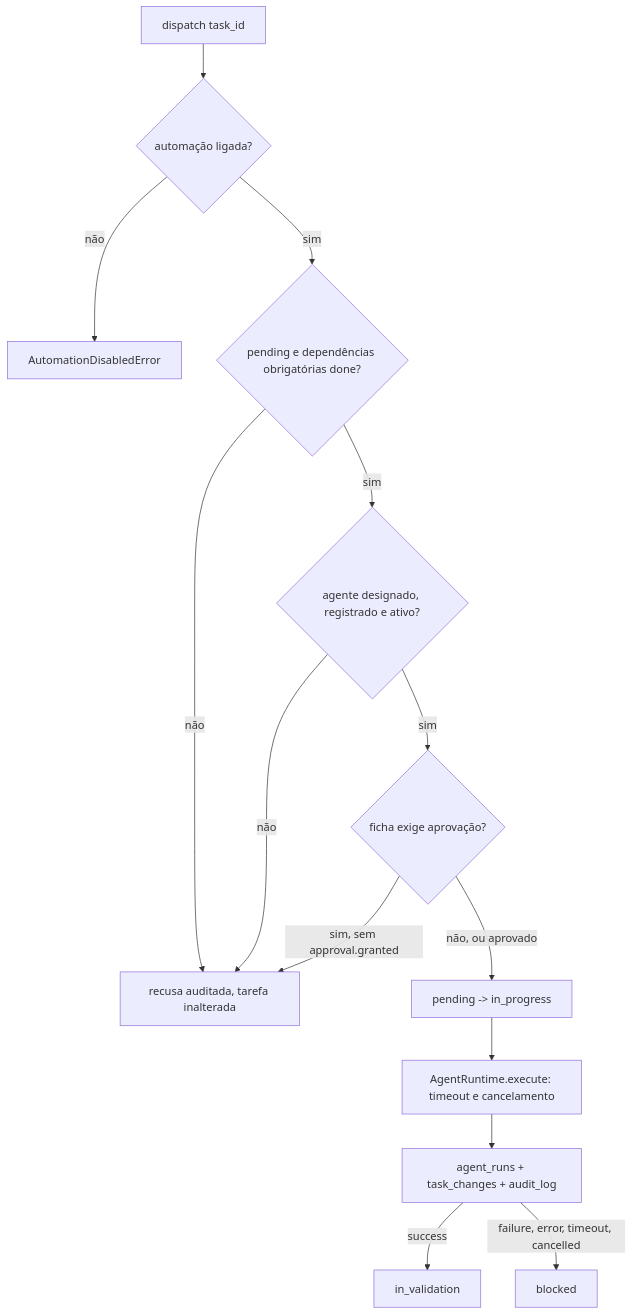
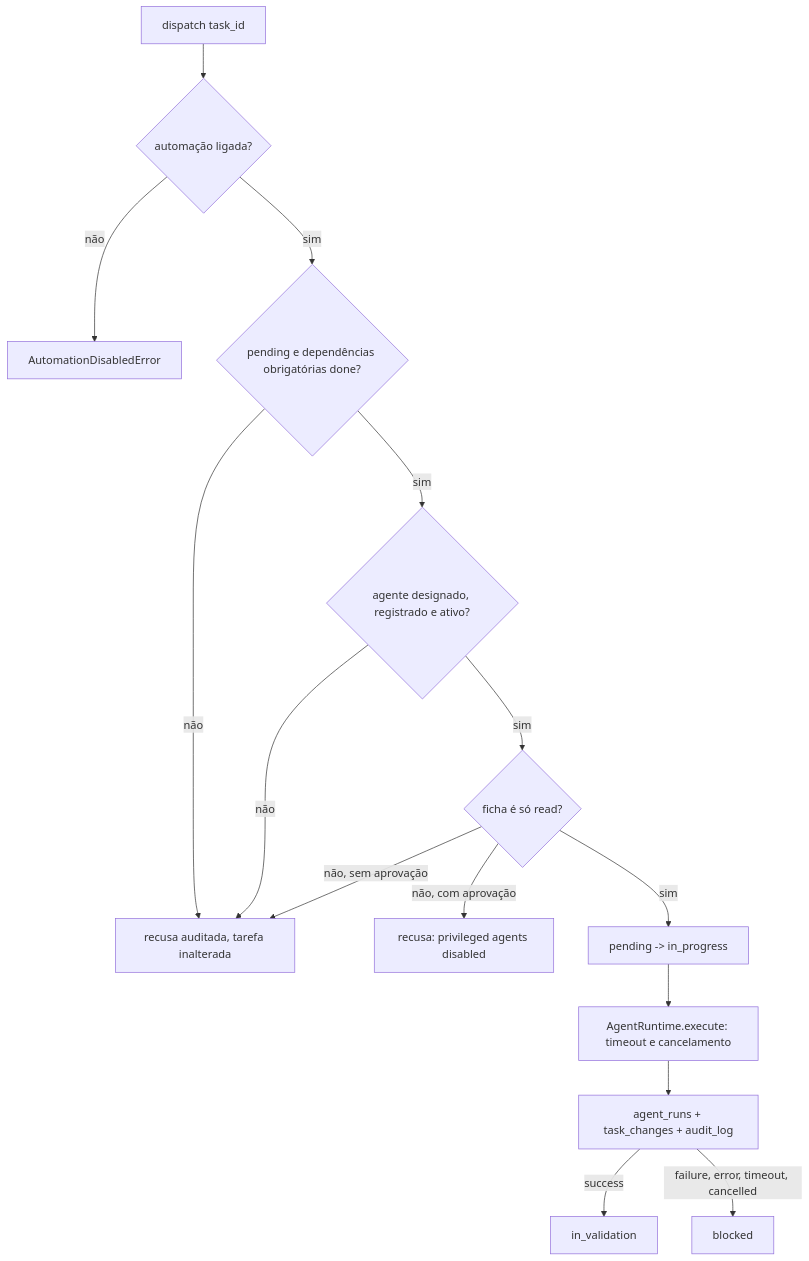
Before and after one commit to danielxdrj/forge: the diagram in src/forge_core/agents/README.md, drawn with Mermaid. The commit also changed other lines of this file and 14 other files, not shown here.

````diff
--- a/src/forge_core/agents/README.md
+++ b/src/forge_core/agents/README.md
@@ -19,16 +25,17 @@
 ```mermaid
 flowchart TD
   A[dispatch task_id] --> B{automação ligada?}
   B -- não --> X1[AutomationDisabledError]
   B -- sim --> C{pending e dependências obrigatórias done?}
   C -- não --> R[recusa auditada, tarefa inalterada]
   C -- sim --> D{agente designado, registrado e ativo?}
   D -- não --> R
-  D -- sim --> E{ficha exige aprovação?}
-  E -- sim, sem approval.granted --> R
-  E -- não, ou aprovado --> F[pending -> in_progress]
+  D -- sim --> E{ficha é só read?}
+  E -- não, sem aprovação --> R
+  E -- não, com aprovação --> R2[recusa: privileged agents disabled]
+  E -- sim --> F[pending -> in_progress]
   F --> G[AgentRuntime.execute: timeout e cancelamento]
   G --> H[agent_runs + task_changes + audit_log]
   H -- success --> I[in_validation]
   H -- failure, error, timeout, cancelled --> J[blocked]
 ```
````
